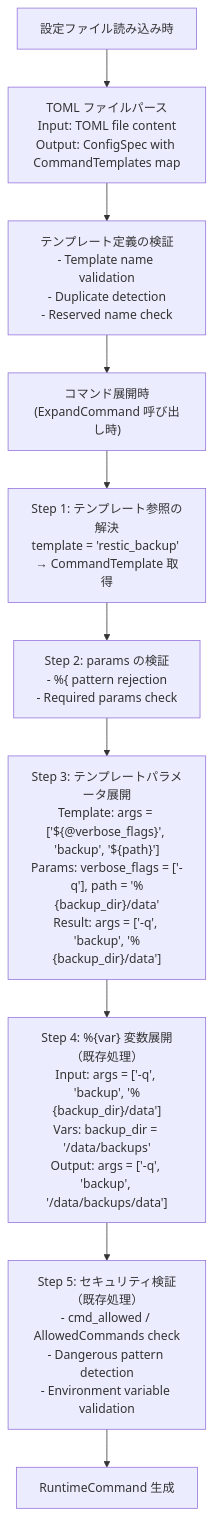
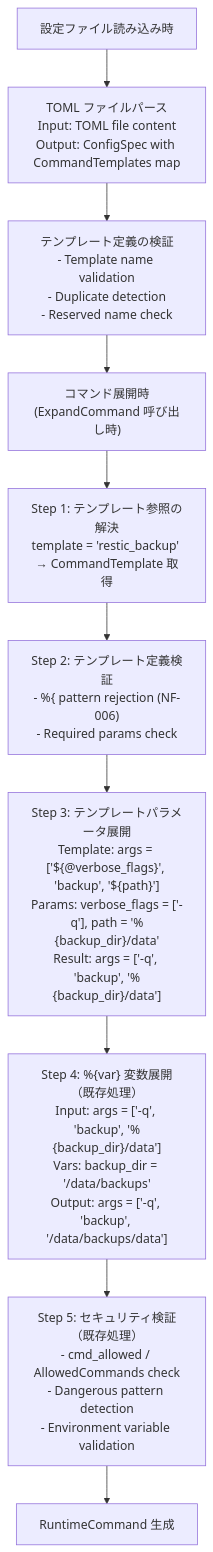
The second of 11 diagrams in docs/tasks/0062_command_templates/02_architecture.md (isseis/go-safe-cmd-runner), drawn with Mermaid before and after one commit. The commit also changed other lines of this file and 2 other files, not shown here.

````diff
--- a/docs/tasks/0062_command_templates/02_architecture.md
+++ b/docs/tasks/0062_command_templates/02_architecture.md
@@ -38,23 +38,23 @@
 ```mermaid
 graph TD
     A["設定ファイル読み込み時"]
     B["TOML ファイルパース<br/>Input: TOML file content<br/>Output: ConfigSpec with CommandTemplates map"]
     C["テンプレート定義の検証<br/>- Template name validation<br/>- Duplicate detection<br/>- Reserved name check"]
     D["コマンド展開時<br/>(ExpandCommand 呼び出し時)"]
     E["Step 1: テンプレート参照の解決<br/>template = 'restic_backup' → CommandTemplate 取得"]
-    F["Step 2: params の検証<br/>- %{ pattern rejection<br/>- Required params check"]
+    F["Step 2: テンプレート定義検証<br/>- %{ pattern rejection (NF-006)<br/>- Required params check"]
     G["Step 3: テンプレートパラメータ展開<br/>Template: args = ['${@verbose_flags}', 'backup', '${path}']<br/>Params: verbose_flags = ['-q'], path = '%{backup_dir}/data'<br/>Result: args = ['-q', 'backup', '%{backup_dir}/data']"]
     H["Step 4: %{var} 変数展開（既存処理）<br/>Input: args = ['-q', 'backup', '%{backup_dir}/data']<br/>Vars: backup_dir = '/data/backups'<br/>Output: args = ['-q', 'backup', '/data/backups/data']"]
     I["Step 5: セキュリティ検証（既存処理）<br/>- cmd_allowed / AllowedCommands check<br/>- Dangerous pattern detection<br/>- Environment variable validation"]
     J["RuntimeCommand 生成"]
 
     A --> B
     B --> C
     C --> D
     D --> E
     E --> F
     F --> G
     G --> H
     H --> I
     I --> J
 ```
````
